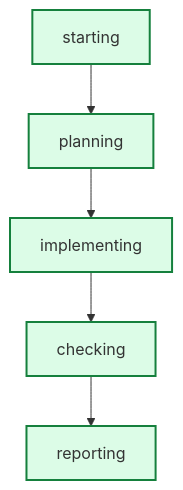
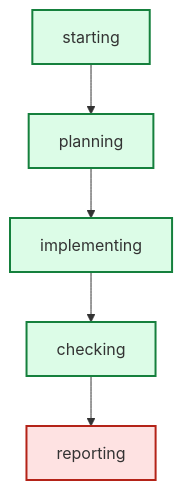
The diagram in latest/graph.mmd (daniell0gda/hermes-feature-check-dashboard), drawn with Mermaid before and after one commit. The commit also changed 36 other files, not shown here.

```diff
--- a/latest/graph.mmd
+++ b/latest/graph.mmd
@@ -1,14 +1,14 @@
 graph TD
     starting --> planning
     planning --> implementing
     implementing --> checking
     checking --> reporting
 
 classDef done fill:#dcfce7,stroke:#15803d,stroke-width:2px;
 classDef active fill:#dbeafe,stroke:#2563eb,stroke-width:3px;
 classDef failed fill:#fee2e2,stroke:#b42318,stroke-width:2px;
+class checking done;
 class planning done;
 class implementing done;
-class checking done;
 class starting done;
-class reporting done;
+class reporting failed;
```
